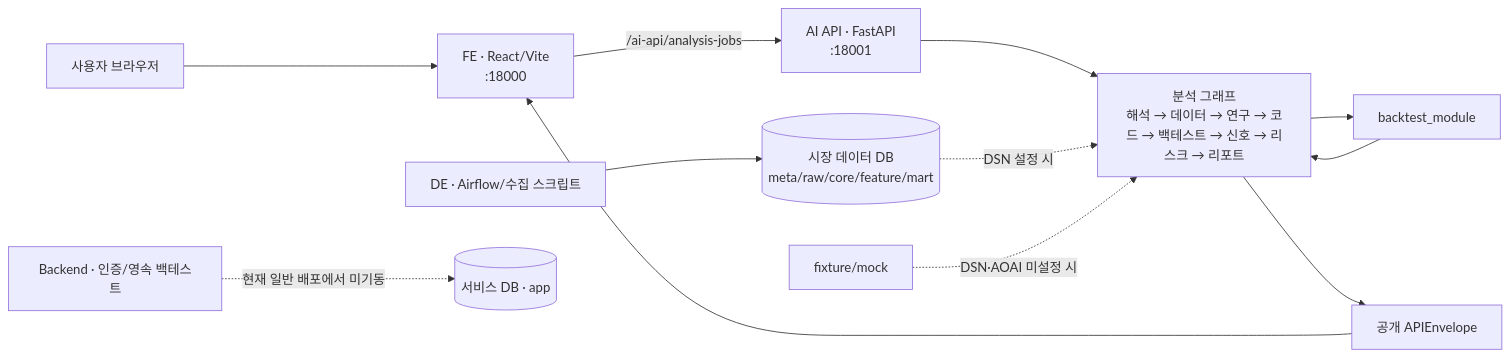
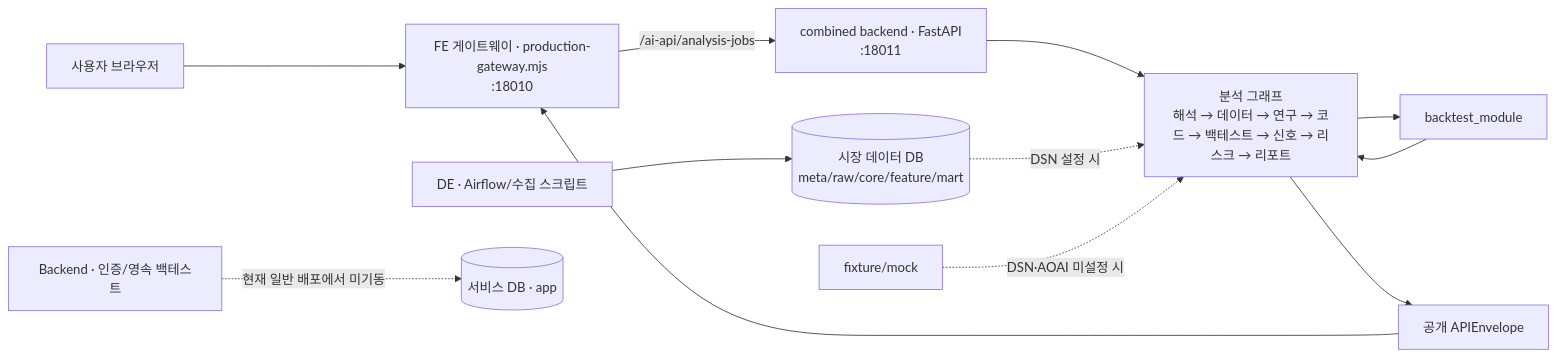
Before and after one commit to sj0618/Quant_agent: the first of 8 diagrams in docs/PROJECT_FLOW_AND_DEBT_GUIDE.md, drawn with Mermaid. The commit also changed other lines of this file and 6 other files, not shown here.

````diff
--- a/docs/PROJECT_FLOW_AND_DEBT_GUIDE.md
+++ b/docs/PROJECT_FLOW_AND_DEBT_GUIDE.md
@@ -24,16 +24,16 @@
 ```mermaid
 flowchart LR
-    U["사용자 브라우저"] --> FE["FE · React/Vite<br/>:18000"]
-    FE -->|"/ai-api/analysis-jobs"| AI["AI API · FastAPI<br/>:18001"]
+    U["사용자 브라우저"] --> FE["FE 게이트웨이 · production-gateway.mjs<br/>:18010"]
+    FE -->|"/ai-api/analysis-jobs"| AI["combined backend · FastAPI<br/>:18011"]
     AI --> G["분석 그래프<br/>해석 → 데이터 → 연구 → 코드 → 백테스트 → 신호 → 리스크 → 리포트"]
     G --> BT["backtest_module"]
     BT --> G
     G --> ENV["공개 APIEnvelope"]
     ENV --> FE
 
     DE["DE · Airflow/수집 스크립트"] --> MDB[("시장 데이터 DB<br/>meta/raw/core/feature/mart")]
     MDB -. "DSN 설정 시" .-> G
     FIX["fixture/mock"] -. "DSN·AOAI 미설정 시" .-> G
 
     BE["Backend · 인증/영속 백테스트"] -. "현재 일반 배포에서 미기동" .-> ADB[("서비스 DB · app")]
 ```
````
